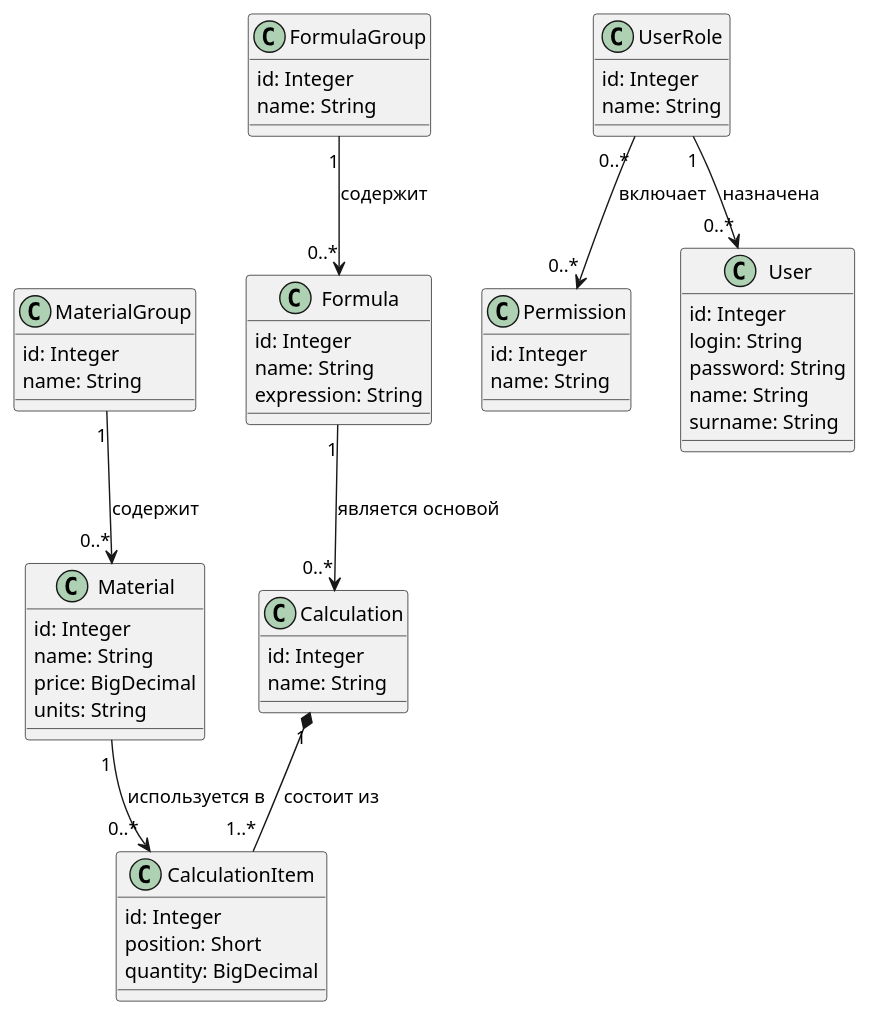
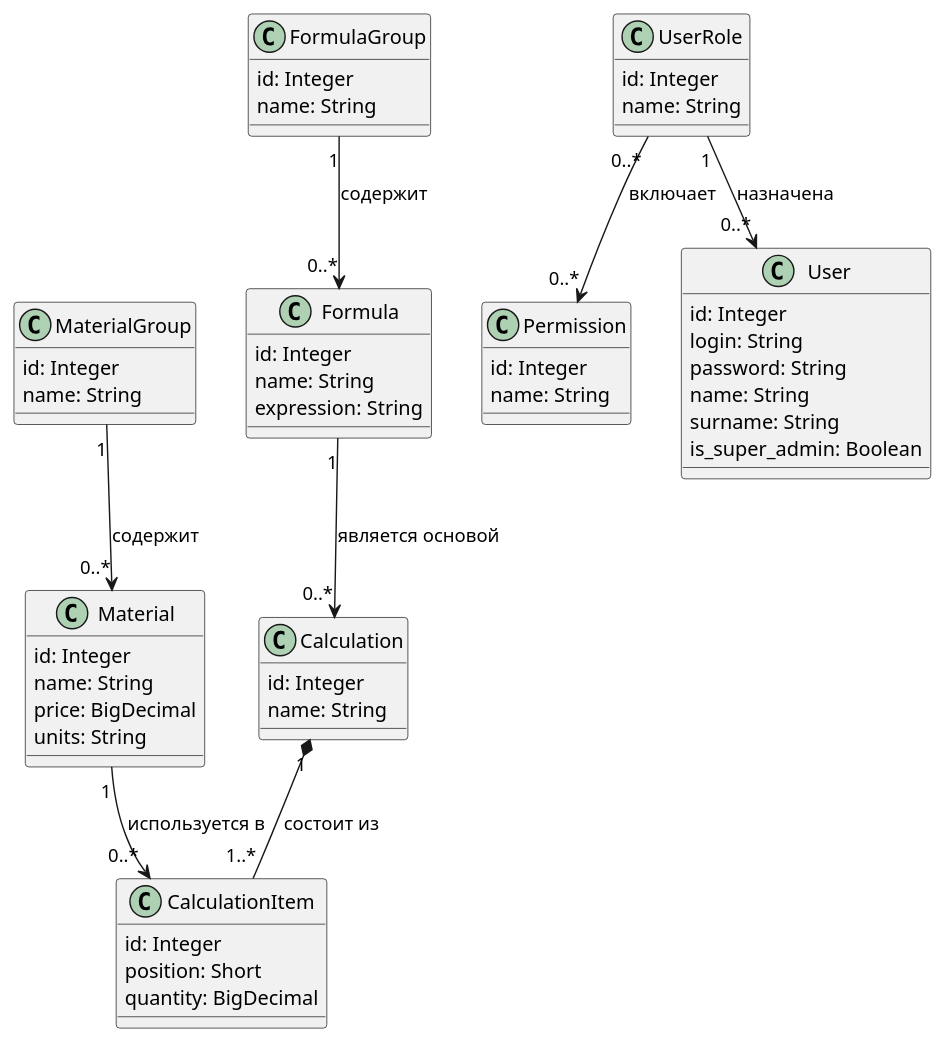
The diagram in docs/02-requirements/domain-model.md (MrCap4a/course-project), drawn with PlantUML before and after one commit. The commit also changed other lines of this file and 4 other files, not shown here.

````diff
--- a/docs/02-requirements/domain-model.md
+++ b/docs/02-requirements/domain-model.md
@@ -13,63 +13,64 @@
 ```plantuml
 @startuml
 class MaterialGroup {
     id: Integer
     name: String
 }
 
 class Material {
     id: Integer
     name: String
     price: BigDecimal
     units: String
 }
 
 class FormulaGroup {
     id: Integer
     name: String
 }
 
 class Formula {
     id: Integer
     name: String
     expression: String
 }
 
 class Calculation {
     id: Integer
     name: String
 }
 
 class CalculationItem {
     id: Integer
     position: Short
     quantity: BigDecimal
 }
 
 class UserRole {
     id: Integer
     name: String
 }
 
 class Permission {
     id: Integer
     name: String
 }
 
 class User {
     id: Integer
     login: String
     password: String
     name: String
     surname: String
+    is_super_admin: Boolean
 }
 
 MaterialGroup "1" --> "0..*" Material : содержит
 FormulaGroup "1" --> "0..*" Formula : содержит
 Formula "1" --> "0..*" Calculation : является основой
 Calculation "1" *-- "1..*" CalculationItem : состоит из
 Material "1" --> "0..*" CalculationItem : используется в
 UserRole "1" --> "0..*" User : назначена
 UserRole "0..*" --> "0..*" Permission : включает
 @enduml
 ```
````
